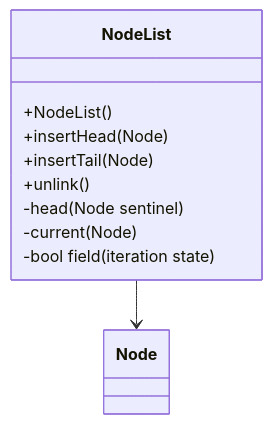
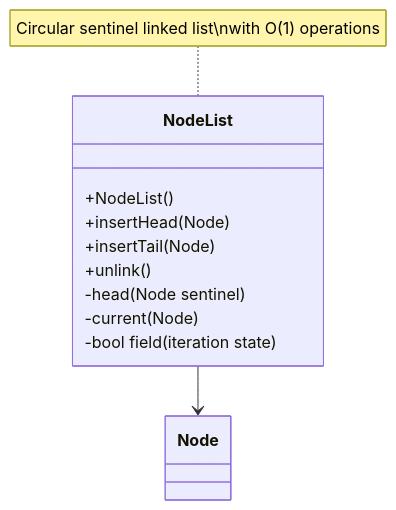
The diagram in bytecode/mapping/evidence/verified/NodeList_BISVHPUN.md (daxxog/solmud), drawn with Mermaid before and after one commit. The commit also changed other lines of this file and 69 other files, not shown here.

````diff
--- a/bytecode/mapping/evidence/verified/NodeList_BISVHPUN.md
+++ b/bytecode/mapping/evidence/verified/NodeList_BISVHPUN.md
@@ -16,11 +17,13 @@
 ```mermaid
 classDiagram
     NodeList --> Node
     NodeList : +NodeList()
     NodeList : +insertHead(Node)
     NodeList : +insertTail(Node)
     NodeList : +unlink()
     NodeList : -head (Node sentinel)
     NodeList : -current (Node)
     NodeList : -bool field (iteration state)
+    
+    note for NodeList "Circular sentinel linked list\nwith O(1) operations"
 ```
````
